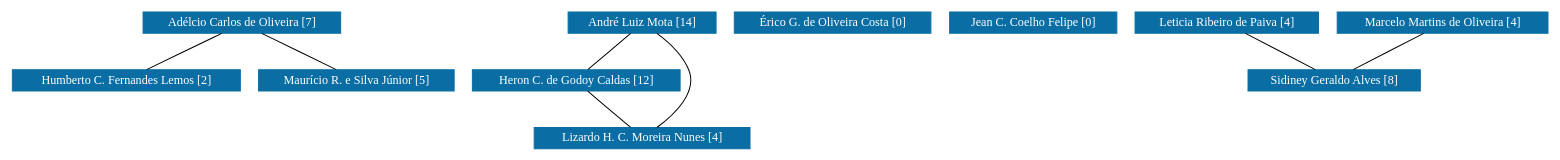
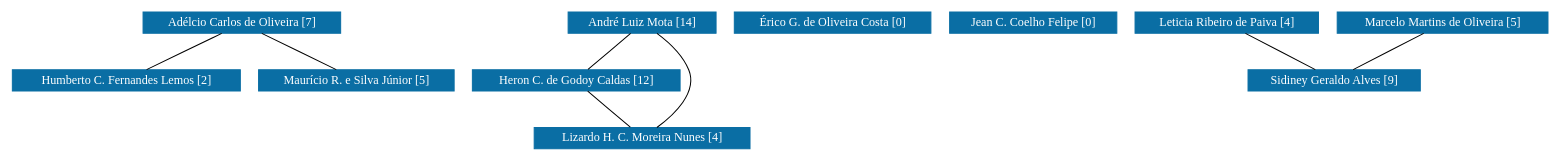
The diagram in PPGF-UFSJ/grafoDeColaboracoesSemPesos.dot (icamps/unifal-lattes.github.io), drawn with Graphviz before and after one commit. The commit also changed 967 other files, not shown here.

```diff
--- a/PPGF-UFSJ/grafoDeColaboracoesSemPesos.dot
+++ b/PPGF-UFSJ/grafoDeColaboracoesSemPesos.dot
@@ -1,95 +1,95 @@
 strict graph grafo1 {
 	graph [bb="0,0,1263.5,135",
 		id=grafo1,
 		overlap=False
 	];
 	node [fontsize=12,
 		label="\N",
 		shape=rectangle,
 		style=filled
 	];
 	0	 [URL="membro-0487113229071944.html",
 		color="#0A6EA4",
 		fontcolor="#FFFFFF",
 		height=0.29167,
 		label="Adélcio Carlos de Oliveira [7]",
 		pos="187,124.5",
 		width=2.1944];
 	4	 [URL="membro-8374281747074655.html",
 		color="#0A6EA4",
 		fontcolor="#FFFFFF",
 		height=0.29167,
 		label="Humberto C. Fernandes Lemos [2]",
 		pos="92,67.5",
 		width=2.5556];
 	0 -- 4	 [pos="169.13,113.78 152.15,103.59 126.75,88.348 109.79,78.173"];
 	10	 [URL="membro-7617696183555654.html",
 		color="#0A6EA4",
 		fontcolor="#FFFFFF",
 		height=0.29167,
 		label="Maurício R. e Silva Júnior [5]",
 		pos="281,67.5",
 		width=2.1944];
 	0 -- 10	 [pos="204.68,113.78 221.49,103.59 246.62,88.348 263.4,78.173"];
 	1	 [URL="membro-8453016139576761.html",
 		color="#0A6EA4",
 		fontcolor="#FFFFFF",
 		height=0.29167,
 		label="André Luiz Mota [14]",
 		pos="518,124.5",
 		width=1.6944];
 	3	 [URL="membro-1373657423991547.html",
 		color="#0A6EA4",
 		fontcolor="#FFFFFF",
 		height=0.29167,
 		label="Heron C. de Godoy Caldas [12]",
 		pos="462,67.5",
 		width=2.3333];
 	1 -- 3	 [pos="507.47,113.78 497.45,103.59 482.48,88.348 472.49,78.173"];
 	7	 [URL="membro-9320579515635433.html",
 		color="#0A6EA4",
 		fontcolor="#FFFFFF",
 		height=0.29167,
 		label="Lizardo H. C. Moreira Nunes [4]",
 		pos="518,10.5",
 		width=2.4028];
 	1 -- 7	 [pos="530.73,113.57 544.16,100.64 562.4,78.195 555,57 550.03,42.78 538.7,29.655 529.87,21.002"];
 	3 -- 7	 [pos="472.53,56.779 482.55,46.588 497.52,31.348 507.51,21.173"];
 	2	 [URL="membro-4937965723746020.html",
 		color="#0A6EA4",
 		fontcolor="#FFFFFF",
 		height=0.29167,
 		label="Érico G. de Oliveira Costa [0]",
 		pos="677,124.5",
 		width=2.2222];
 	5	 [URL="membro-1513522824340750.html",
 		color="#0A6EA4",
 		fontcolor="#FFFFFF",
 		height=0.29167,
 		label="Jean C. Coelho Felipe [0]",
 		pos="844,124.5",
 		width=1.9167];
 	6	 [URL="membro-9428416479663144.html",
 		color="#0A6EA4",
 		fontcolor="#FFFFFF",
 		height=0.29167,
 		label="Leticia Ribeiro de Paiva [4]",
 		pos="1005,124.5",
 		width=2.0417];
 	9	 [URL="membro-4536440727635518.html",
 		color="#0A6EA4",
 		fontcolor="#FFFFFF",
 		height=0.29167,
-		label="Sidiney Geraldo Alves [8]",
+		label="Sidiney Geraldo Alves [9]",
 		pos="1092,67.5",
 		width=1.9444];
 	6 -- 9	 [pos="1021.4,113.78 1036.9,103.59 1060.2,88.348 1075.7,78.173"];
 	8	 [URL="membro-2091568617999217.html",
 		color="#0A6EA4",
 		fontcolor="#FFFFFF",
 		height=0.29167,
-		label="Marcelo Martins de Oliveira [4]",
+		label="Marcelo Martins de Oliveira [5]",
 		pos="1180,124.5",
 		width=2.3194];
 	8 -- 9	 [pos="1163.4,113.78 1147.7,103.59 1124.2,88.348 1108.5,78.173"];
 }
```
